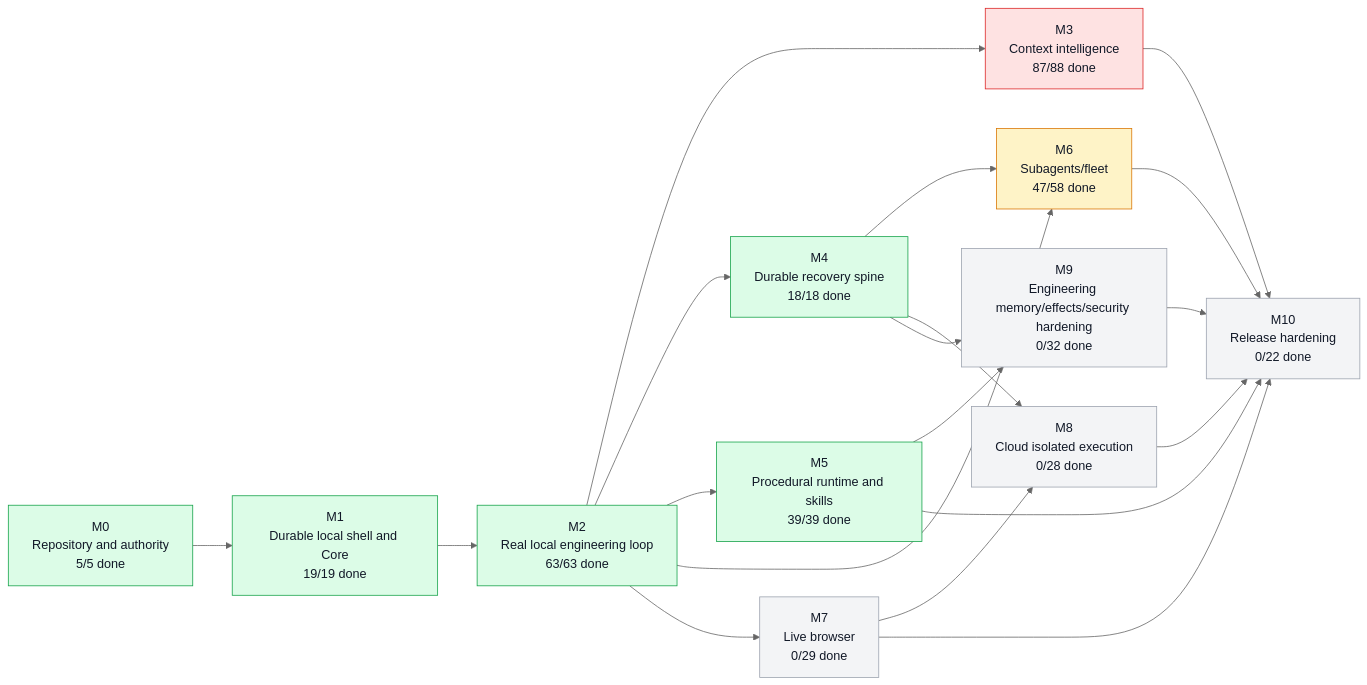
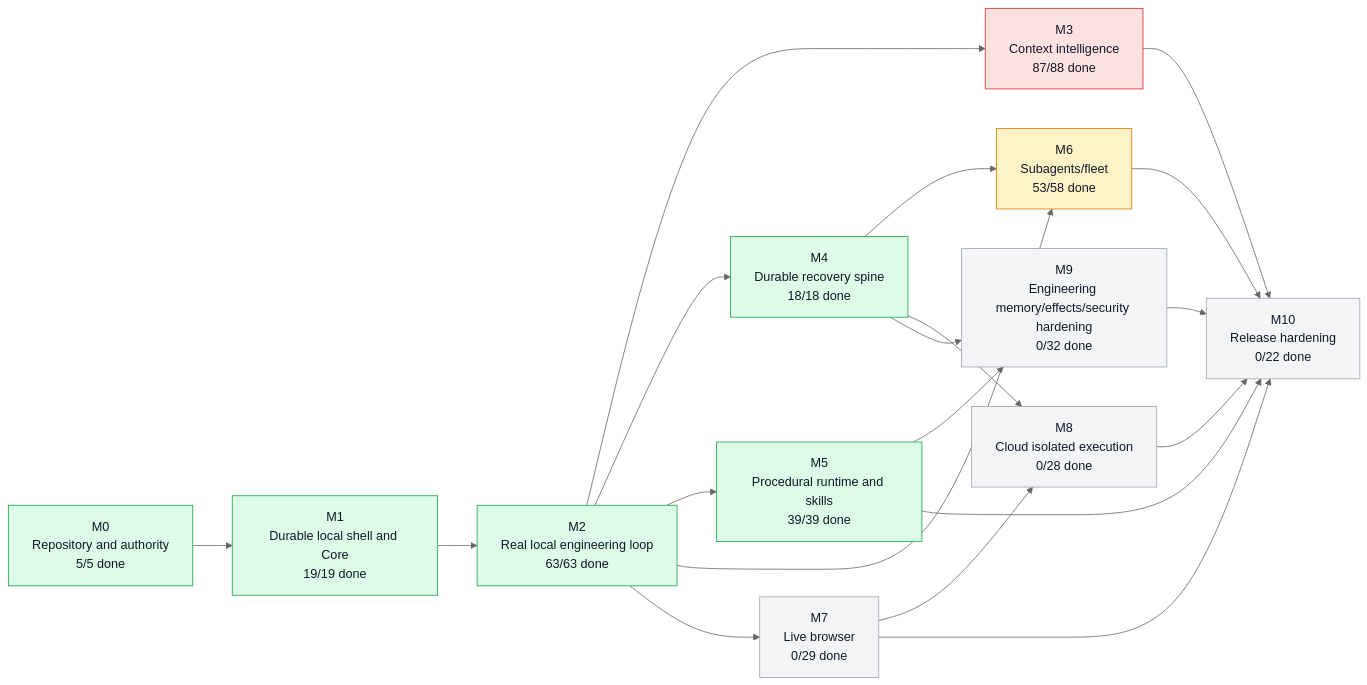
One commit to moss101/modbit changed the first of 5 diagrams in graph/PROJECT_GRAPH.md. Above: the diagram before and after it, drawn with Mermaid (neutral theme). The commit also changed other lines of this file and 16 other files, not shown here.

````diff
--- a/graph/PROJECT_GRAPH.md
+++ b/graph/PROJECT_GRAPH.md
@@ -57,43 +57,43 @@
 ```mermaid
 flowchart LR
   M0["M0<br/>Repository and authority<br/>5/5 done"]
   M1["M1<br/>Durable local shell and Core<br/>19/19 done"]
   M2["M2<br/>Real local engineering loop<br/>63/63 done"]
   M3["M3<br/>Context intelligence<br/>87/88 done"]
   M4["M4<br/>Durable recovery spine<br/>18/18 done"]
   M5["M5<br/>Procedural runtime and skills<br/>39/39 done"]
-  M6["M6<br/>Subagents/fleet<br/>47/58 done"]
+  M6["M6<br/>Subagents/fleet<br/>53/58 done"]
   M7["M7<br/>Live browser<br/>0/29 done"]
   M8["M8<br/>Cloud isolated execution<br/>0/28 done"]
   M9["M9<br/>Engineering memory/effects/security hardening<br/>0/32 done"]
   M10["M10<br/>Release hardening<br/>0/22 done"]
   M0 --> M1
   M1 --> M2
   M2 --> M3
   M2 --> M4
   M2 --> M5
   M2 --> M6
   M4 --> M6
   M2 --> M7
   M4 --> M8
   M7 --> M8
   M4 --> M9
   M5 --> M9
   M3 --> M10
   M5 --> M10
   M6 --> M10
   M7 --> M10
   M8 --> M10
   M9 --> M10
   style M0 fill:#dcfce7,stroke:#16a34a,color:#111827
   style M1 fill:#dcfce7,stroke:#16a34a,color:#111827
   style M2 fill:#dcfce7,stroke:#16a34a,color:#111827
   style M3 fill:#fee2e2,stroke:#dc2626,color:#111827
   style M4 fill:#dcfce7,stroke:#16a34a,color:#111827
   style M5 fill:#dcfce7,stroke:#16a34a,color:#111827
   style M6 fill:#fef3c7,stroke:#d97706,color:#111827
   style M7 fill:#f3f4f6,stroke:#9ca3af,color:#111827
   style M8 fill:#f3f4f6,stroke:#9ca3af,color:#111827
   style M9 fill:#f3f4f6,stroke:#9ca3af,color:#111827
   style M10 fill:#f3f4f6,stroke:#9ca3af,color:#111827
 ```
````
